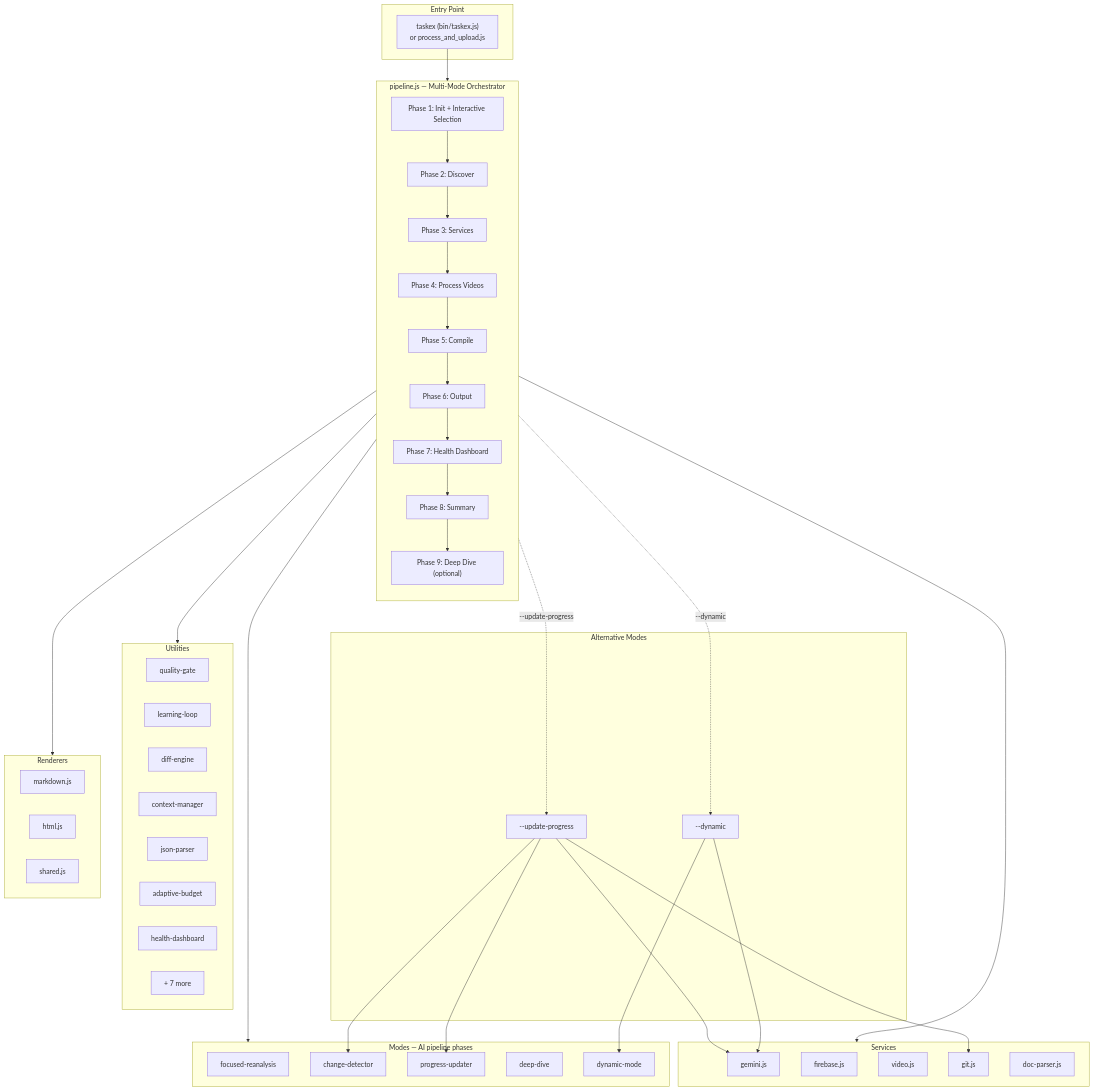
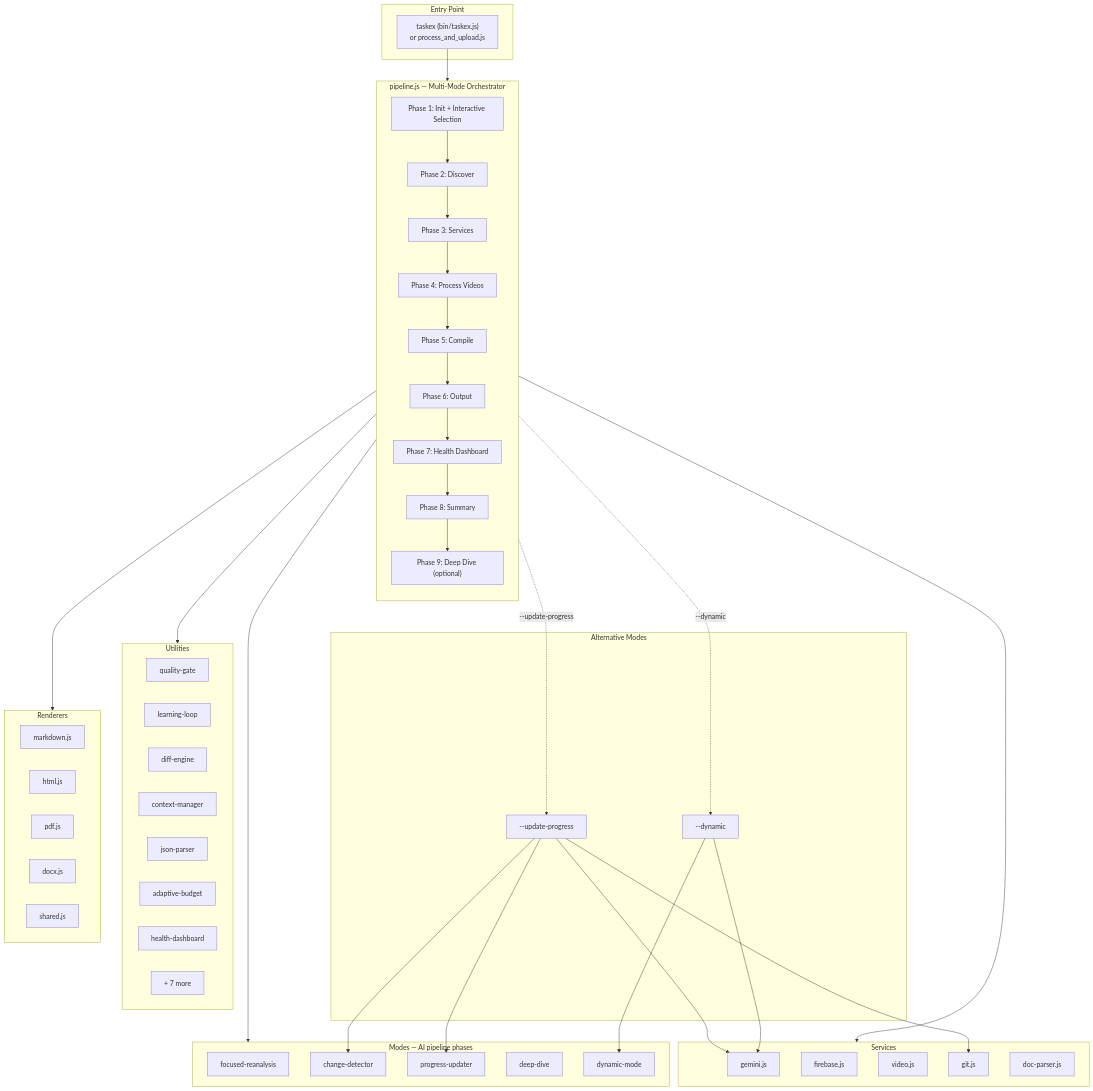
One commit to youssefadel94/task-summary-extractor changed the first of 9 diagrams in ARCHITECTURE.md. Above: the diagram before and after it, drawn with Mermaid. The commit also changed other lines of this file and 9 other files, not shown here.

Commit message:
feat: add PDF and DOCX output formats, enhance thinking budget management, and update documentation

````diff
--- a/ARCHITECTURE.md
+++ b/ARCHITECTURE.md
@@ -46,73 +46,75 @@
 ```mermaid
 flowchart TB
     subgraph Entry["Entry Point"]
         EP["taskex (bin/taskex.js)\nor process_and_upload.js"]
     end
 
     subgraph Pipeline["pipeline.js — Multi-Mode Orchestrator"]
         direction TB
         P1["Phase 1: Init + Interactive Selection"]
         P2["Phase 2: Discover"]
         P3["Phase 3: Services"]
         P4["Phase 4: Process Videos"]
         P5["Phase 5: Compile"]
         P6["Phase 6: Output"]
         P7["Phase 7: Health Dashboard"]
         P8["Phase 8: Summary"]
         P9["Phase 9: Deep Dive (optional)"]
 
         P1 --> P2 --> P3 --> P4 --> P5 --> P6 --> P7 --> P8 --> P9
     end
 
     subgraph AltModes["Alternative Modes"]
         UP["--update-progress"]
         DYN["--dynamic"]
     end
 
     subgraph Services["Services"]
         GEM["gemini.js"]
         FB["firebase.js"]
         VID["video.js"]
         GIT["git.js"]
         DP["doc-parser.js"]
     end
 
     subgraph Utils["Utilities"]
         QG["quality-gate"]
         LL["learning-loop"]
         DE["diff-engine"]
         CM["context-manager"]
         JP["json-parser"]
         AB["adaptive-budget"]
         HD["health-dashboard"]
         OT["+ 7 more"]
     end
 
     subgraph Modes["Modes — AI pipeline phases"]
         FR["focused-reanalysis"]
         CD["change-detector"]
         PU["progress-updater"]
         DD["deep-dive"]
         DM["dynamic-mode"]
     end
 
     subgraph Renderers["Renderers"]
         MD["markdown.js"]
         HTML["html.js"]
+        PDF["pdf.js"]
+        DOCX["docx.js"]
         SHARED["shared.js"]
     end
 
     EP --> Pipeline
     P1 -.->|"--update-progress"| UP
     P1 -.->|"--dynamic"| DYN
     Pipeline --> Services
     Pipeline --> Utils
     Pipeline --> Modes
     Pipeline --> Renderers
     UP --> GIT
     UP --> CD
     UP --> PU
     UP --> GEM
     DYN --> DM
     DYN --> GEM
 ```
````
